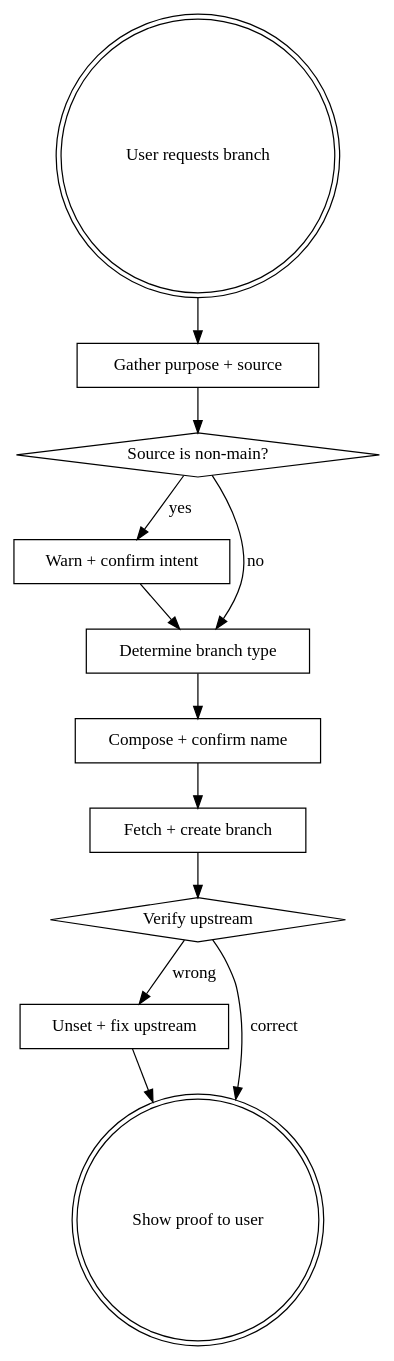
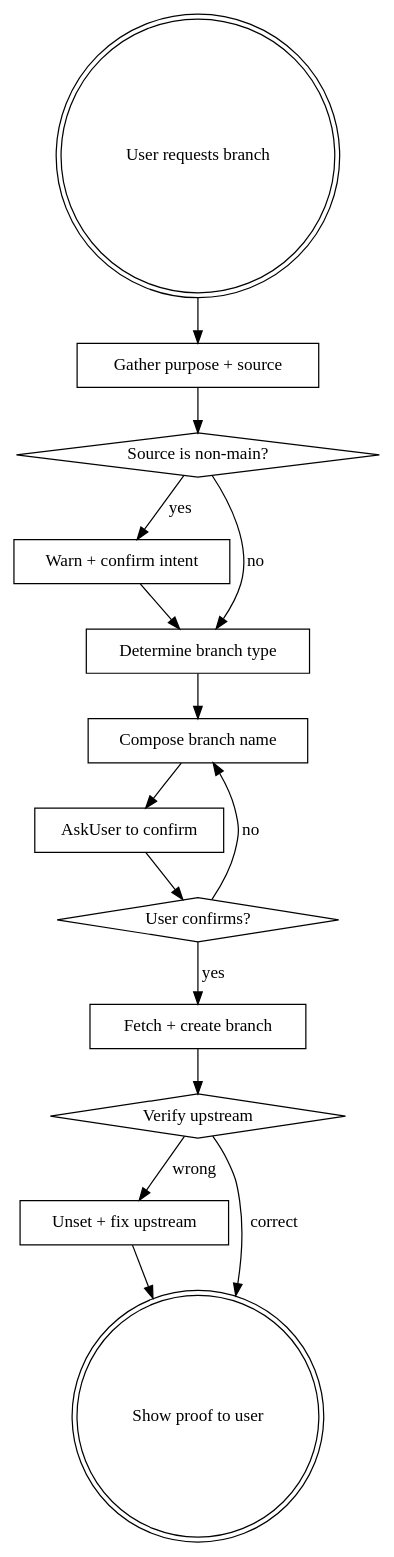
The diagram in skills/create-branch/SKILL.md (pandaworks-software-plt/pandahrms-skills), drawn with Graphviz before and after one commit. The commit also changed other lines of this file and 1 other file, not shown here.

First line of the commit message:
feat(create-branch): require AskUserQuestion confirmation before branch creation

````diff
--- a/skills/create-branch/SKILL.md
+++ b/skills/create-branch/SKILL.md
@@ -18,26 +18,31 @@
 ```dot
 digraph create_branch {
     "User requests branch" [shape=doublecircle];
     "Gather purpose + source" [shape=box];
     "Source is non-main?" [shape=diamond];
     "Warn + confirm intent" [shape=box];
     "Determine branch type" [shape=box];
-    "Compose + confirm name" [shape=box];
+    "Compose branch name" [shape=box];
+    "AskUser to confirm" [shape=box];
+    "User confirms?" [shape=diamond];
     "Fetch + create branch" [shape=box];
     "Verify upstream" [shape=diamond];
     "Unset + fix upstream" [shape=box];
     "Show proof to user" [shape=doublecircle];
 
     "User requests branch" -> "Gather purpose + source";
     "Gather purpose + source" -> "Source is non-main?" ;
     "Source is non-main?" -> "Warn + confirm intent" [label="yes"];
     "Source is non-main?" -> "Determine branch type" [label="no"];
     "Warn + confirm intent" -> "Determine branch type";
-    "Determine branch type" -> "Compose + confirm name";
-    "Compose + confirm name" -> "Fetch + create branch";
+    "Determine branch type" -> "Compose branch name";
+    "Compose branch name" -> "AskUser to confirm";
+    "AskUser to confirm" -> "User confirms?";
+    "User confirms?" -> "Fetch + create branch" [label="yes"];
+    "User confirms?" -> "Compose branch name" [label="no"];
     "Fetch + create branch" -> "Verify upstream";
     "Verify upstream" -> "Unset + fix upstream" [label="wrong"];
     "Verify upstream" -> "Show proof to user" [label="correct"];
     "Unset + fix upstream" -> "Show proof to user";
 }
 ```
````
